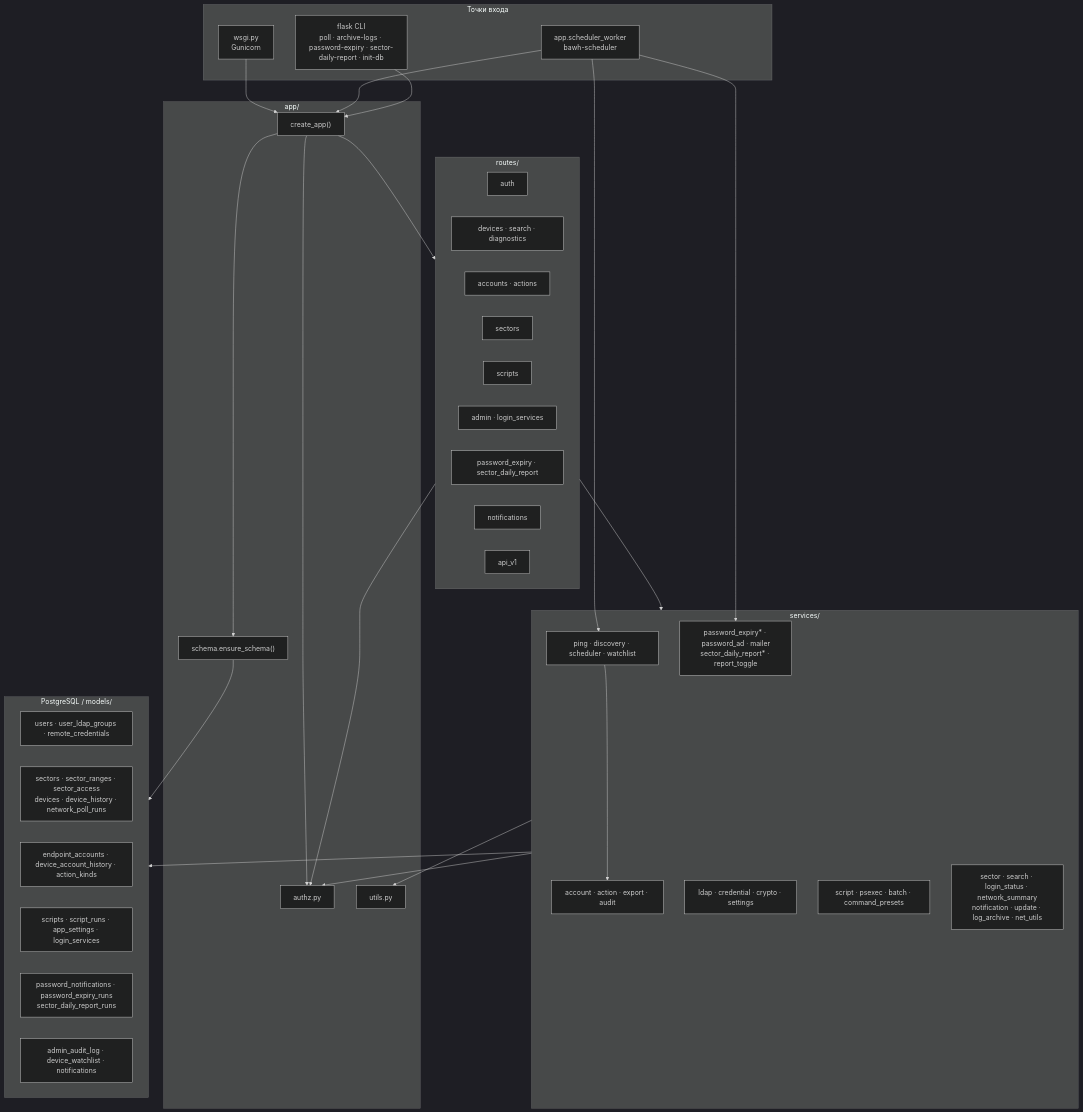
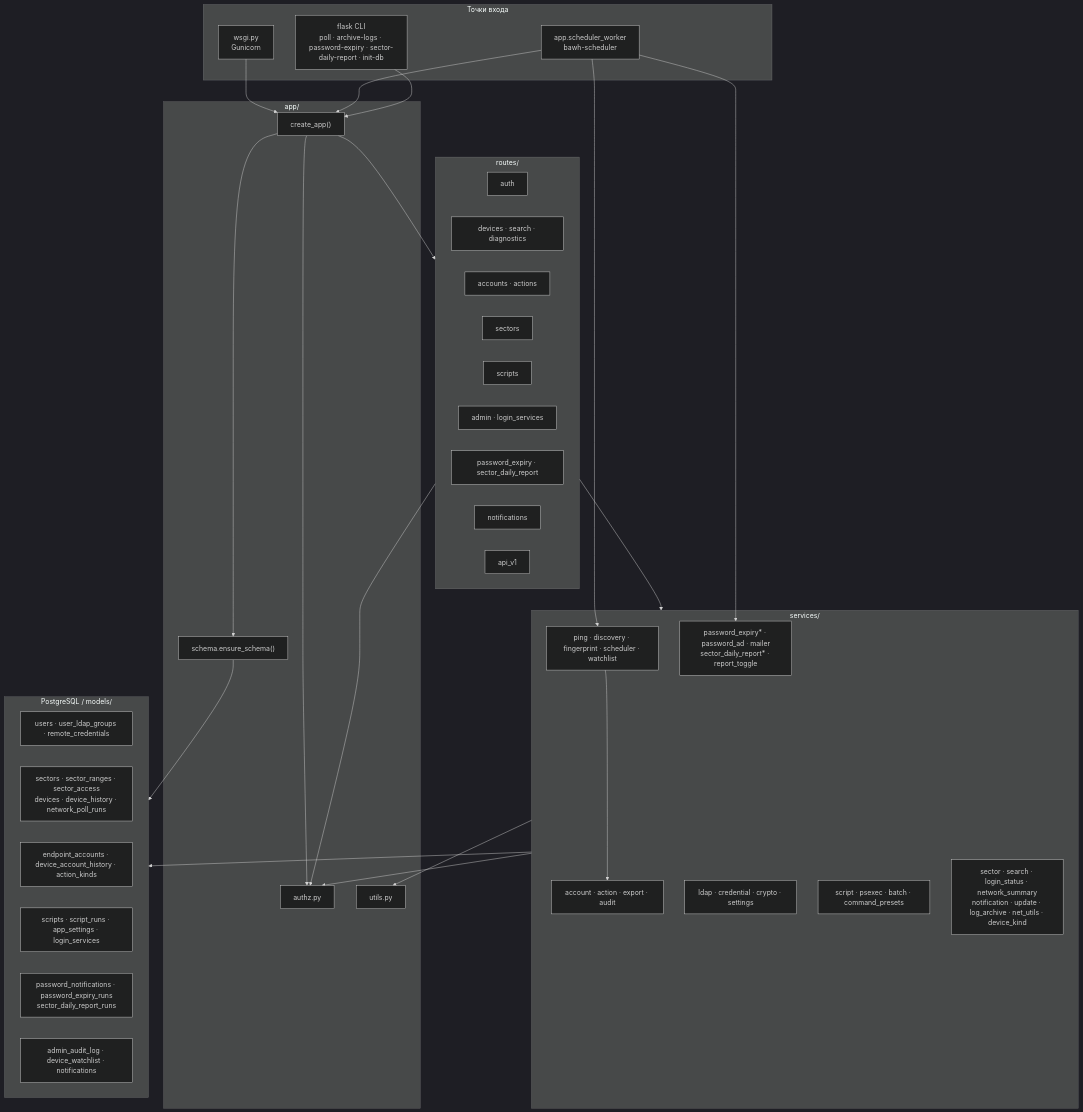
Before and after one commit to blazerity/admin-webhelper: the first of 2 diagrams in docs/ARCHITECTURE.md, drawn with Mermaid (dark theme). The commit also changed other lines of this file and 12 other files, not shown here.

````diff
--- a/docs/ARCHITECTURE.md
+++ b/docs/ARCHITECTURE.md
@@ -113,61 +113,61 @@
 ```mermaid
 flowchart TB
   subgraph entry["Точки входа"]
     WSGI["wsgi.py<br/>Gunicorn"]
     SCHED["app.scheduler_worker<br/>bawh-scheduler"]
     CLI["flask CLI<br/>poll · archive-logs · password-expiry · sector-daily-report · init-db"]
   end
 
   subgraph app_core["app/"]
     CREATE["create_app()"]
     SCHEMA["schema.ensure_schema()"]
     AUTH["authz.py"]
     UTILS["utils.py"]
   end
 
   subgraph http["routes/"]
     R_AUTH["auth"]
     R_DEV["devices · search · diagnostics"]
     R_ACC["accounts · actions"]
     R_SEC["sectors"]
     R_SCR["scripts"]
     R_ADM["admin · login_services"]
     R_PWD["password_expiry · sector_daily_report"]
     R_NTF["notifications"]
     R_API["api_v1"]
   end
 
   subgraph services["services/"]
-    S_POLL["ping · discovery · scheduler · watchlist"]
+    S_POLL["ping · discovery · fingerprint · scheduler · watchlist"]
     S_ACC["account · action · export · audit"]
     S_ID["ldap · credential · crypto · settings"]
     S_RUN["script · psexec · batch · command_presets"]
     S_PWD["password_expiry* · password_ad · mailer<br/>sector_daily_report* · report_toggle"]
-    S_OTH["sector · search · login_status · network_summary<br/>notification · update · log_archive · net_utils"]
+    S_OTH["sector · search · login_status · network_summary<br/>notification · update · log_archive · net_utils · device_kind"]
   end
 
   subgraph data["PostgreSQL / models/"]
     M_USER["users · user_ldap_groups · remote_credentials"]
     M_NET["sectors · sector_ranges · sector_access<br/>devices · device_history · network_poll_runs"]
     M_ACC["endpoint_accounts · device_account_history · action_kinds"]
     M_SCR["scripts · script_runs · app_settings · login_services"]
     M_PWD["password_notifications · password_expiry_runs<br/>sector_daily_report_runs"]
     M_NTF["admin_audit_log · device_watchlist · notifications"]
   end
 
   WSGI --> CREATE
   SCHED --> CREATE
   CLI --> CREATE
   CREATE --> SCHEMA
   CREATE --> http
   CREATE --> AUTH
   http --> services
   http --> AUTH
   SCHED --> S_POLL
   SCHED --> S_PWD
   services --> data
   services --> AUTH
   services --> UTILS
   S_POLL --> S_ACC
   SCHEMA --> data
 ```
````
